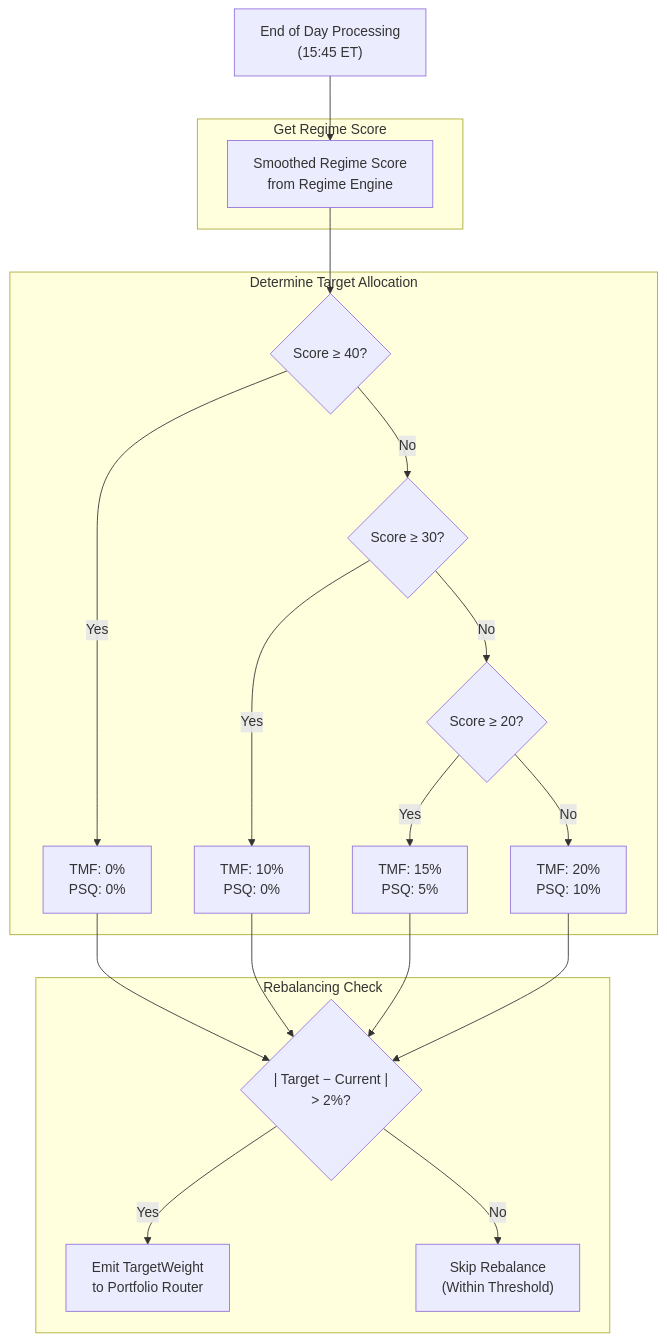
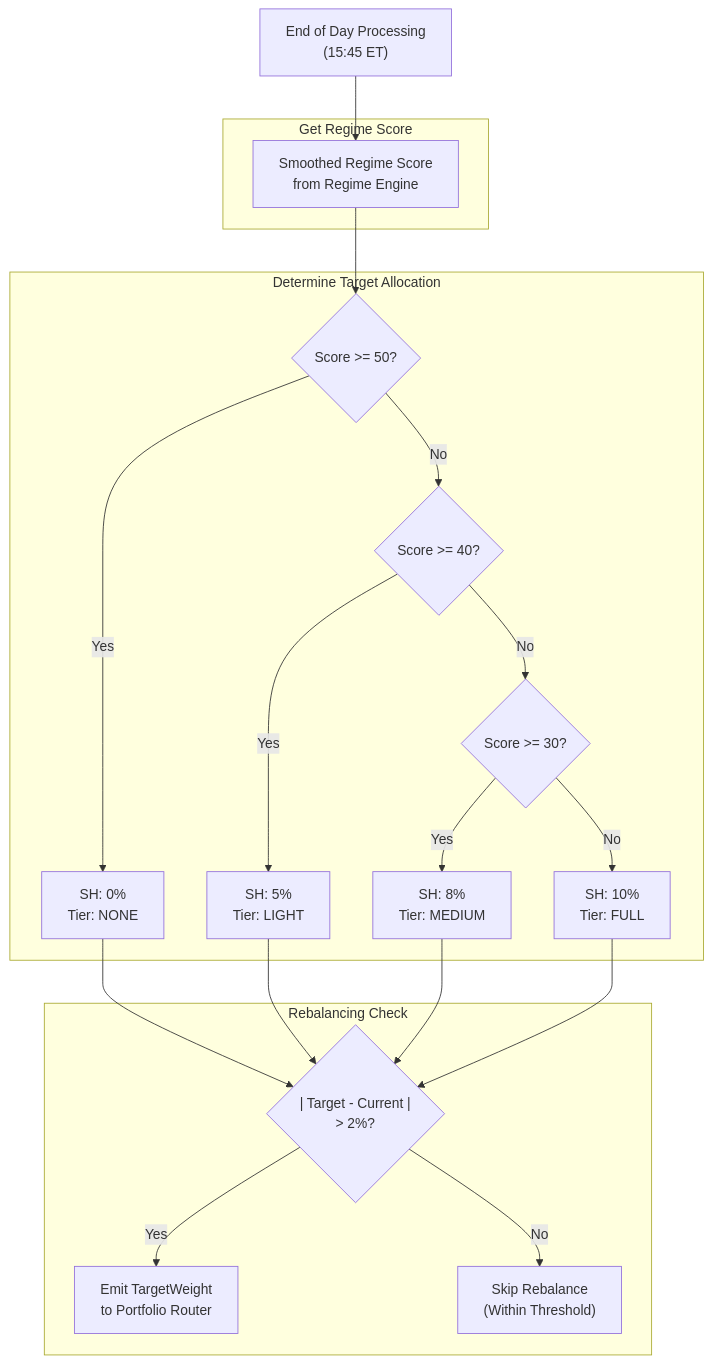
Before and after one commit to vickdavinci/alpha-nextgen-v2-private: the first of 2 diagrams in docs/system/09-hedge-engine.md, drawn with Mermaid. The commit also changed other lines of this file and 2 other files, not shown here.

First line of the commit message:
docs: V6.11-V6.14 architecture documentation sync

````diff
--- a/docs/system/09-hedge-engine.md
+++ b/docs/system/09-hedge-engine.md
@@ -267,43 +260,43 @@
 ```mermaid
 flowchart TD
     START["End of Day Processing<br/>(15:45 ET)"]
-    
+
     subgraph REGIME["Get Regime Score"]
         SCORE["Smoothed Regime Score<br/>from Regime Engine"]
     end
-    
+
     subgraph DETERMINE["Determine Target Allocation"]
-        R1{"Score ≥ 40?"}
-        R2{"Score ≥ 30?"}
-        R3{"Score ≥ 20?"}
-        
-        A1["TMF: 0%<br/>PSQ: 0%"]
-        A2["TMF: 10%<br/>PSQ: 0%"]
-        A3["TMF: 15%<br/>PSQ: 5%"]
-        A4["TMF: 20%<br/>PSQ: 10%"]
+        R1{"Score >= 50?"}
+        R2{"Score >= 40?"}
+        R3{"Score >= 30?"}
+
+        A1["SH: 0%<br/>Tier: NONE"]
+        A2["SH: 5%<br/>Tier: LIGHT"]
+        A3["SH: 8%<br/>Tier: MEDIUM"]
+        A4["SH: 10%<br/>Tier: FULL"]
     end
-    
+
     subgraph REBALANCE["Rebalancing Check"]
-        DIFF{"| Target − Current |<br/>> 2%?"}
+        DIFF{"| Target - Current |<br/>> 2%?"}
         EMIT["Emit TargetWeight<br/>to Portfolio Router"]
         SKIP["Skip Rebalance<br/>(Within Threshold)"]
     end
-    
+
     START --> SCORE
     SCORE --> R1
-    
+
     R1 -->|Yes| A1
     R1 -->|No| R2
     R2 -->|Yes| A2
     R2 -->|No| R3
     R3 -->|Yes| A3
     R3 -->|No| A4
-    
+
     A1 --> DIFF
     A2 --> DIFF
     A3 --> DIFF
     A4 --> DIFF
-    
+
     DIFF -->|Yes| EMIT
     DIFF -->|No| SKIP
 ```
````
